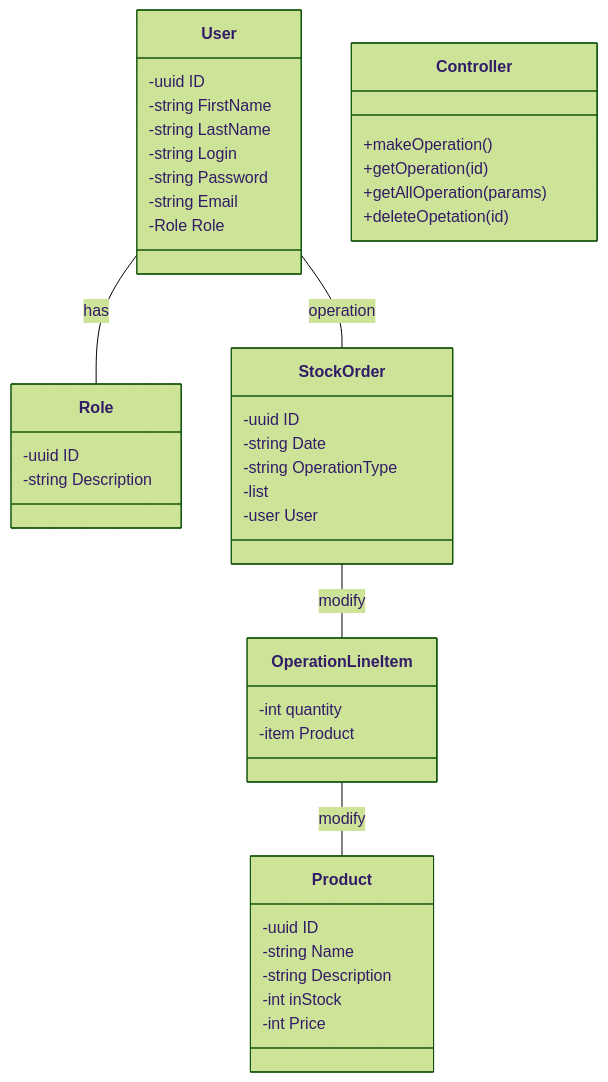
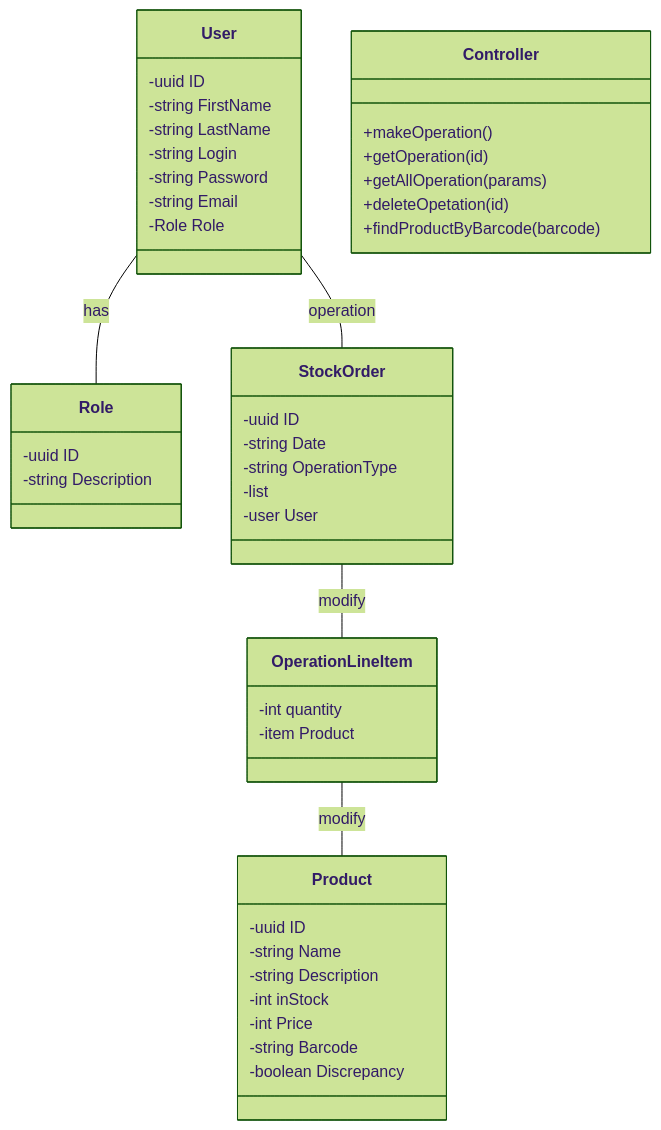
Before and after one commit to PortnovAlex80/node_js_pro: the first of 2 diagrams in api-warehouse/DraftReadme.md, drawn with Mermaid (forest theme). The commit also changed other lines of this file, not shown here.

````diff
--- a/api-warehouse/DraftReadme.md
+++ b/api-warehouse/DraftReadme.md
@@ -125,49 +3,52 @@
 ```mermaid
 classDiagram
 
     class User{
         -uuid ID
         -string FirstName
         -string LastName
         -string Login
         -string Password
         -string Email
         -Role Role   
     }
     class Role{
         -uuid ID
         -string Description
     }
     
     class StockOrder{
         -uuid ID
         -string Date
         -string OperationType
         -list<OperationLineItem>
         -user User
             }
         class OperationLineItem{
 -int quantity
 -item Product
             }
     
     class Product{
         -uuid ID
         -string Name
         -string Description
         -int inStock
         -int Price
+		-string Barcode
+		-boolean Discrepancy
     }
     
         class Controller {
         +makeOperation()
         +getOperation(id)
         +getAllOperation(params)
         +deleteOpetation(id)
+        +findProductByBarcode(barcode)
     }
     
     User  --  StockOrder : operation
     User  --  Role : has
     StockOrder  --  OperationLineItem : modify
     OperationLineItem  --  Product : modify
 ```
````
